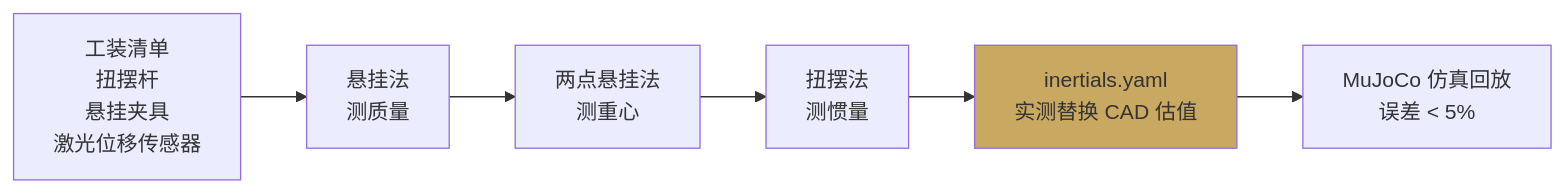
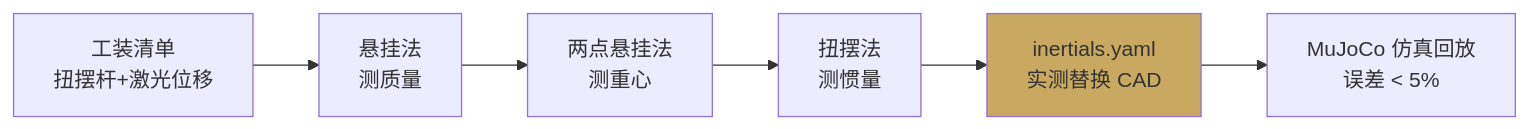
The fifth of 7 diagrams in dev/openarm-control-architecture/doc.md (shuyx/xc-robot2lab), drawn with Mermaid before and after one commit. The commit also changed other lines of this file and 105 other files, not shown here.

````diff
--- a/dev/openarm-control-architecture/doc.md
+++ b/dev/openarm-control-architecture/doc.md
@@ -266,13 +266,13 @@
 ```mermaid
 flowchart LR
-    Tools[工装清单<br/>扭摆杆<br/>悬挂夹具<br/>激光位移传感器]
-    M1[悬挂法<br/>测质量]
-    M2[两点悬挂法<br/>测重心]
-    M3[扭摆法<br/>测惯量]
-    Yaml[inertials.yaml<br/>实测替换 CAD 估值]
-    Sim[MuJoCo 仿真回放<br/>误差 < 5%]
+    Tools["工装清单<br/>扭摆杆+激光位移"]
+    M1["悬挂法<br/>测质量"]
+    M2["两点悬挂法<br/>测重心"]
+    M3["扭摆法<br/>测惯量"]
+    Yaml["inertials.yaml<br/>实测替换 CAD"]
+    Sim["MuJoCo 仿真回放<br/>误差 < 5%"]
 
     Tools --> M1 --> M2 --> M3 --> Yaml --> Sim
 
     style Yaml fill:#C9A961
 ```
````
